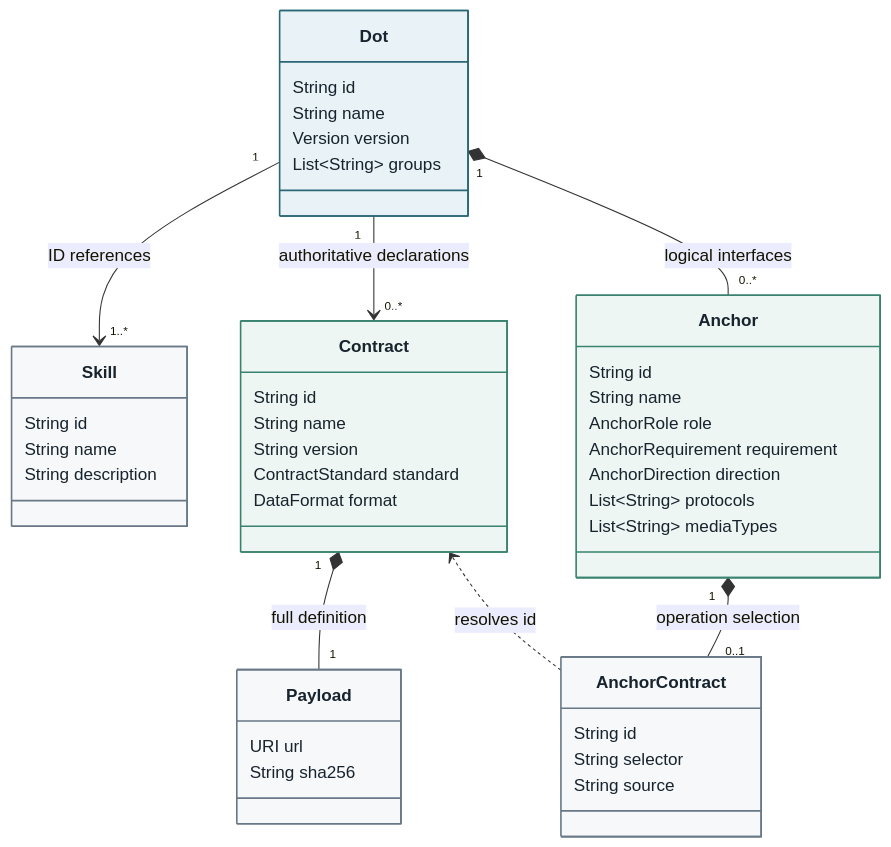
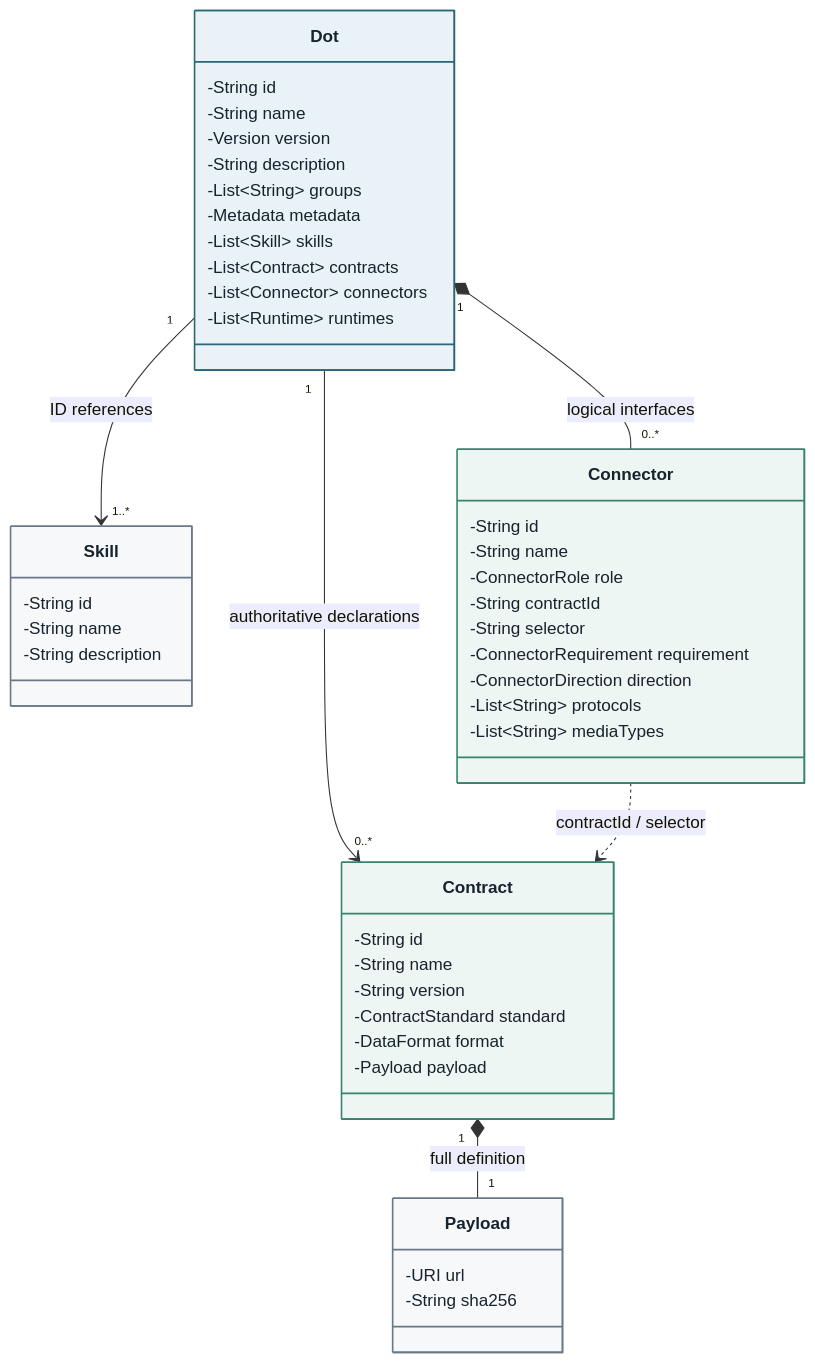
Before and after one commit to MARE-EU-Project/DOT-Docs: the diagram in DOT-Design/next/dot-design/_attachments/diagrams/domain-interfaces.mmd, drawn with Mermaid. The commit also changed 106 other files, not shown here.

```diff
--- a/DOT-Design/next/dot-design/_attachments/diagrams/domain-interfaces.mmd
+++ b/DOT-Design/next/dot-design/_attachments/diagrams/domain-interfaces.mmd
@@ -1,55 +1,57 @@
 classDiagram
   direction TB
   accTitle: DOT identity and interoperable interfaces
-  accDescr: A DOT references Skills, declares Contracts, and owns Anchors. Complete Contracts use HTTPS payloads pinned by SHA-256. Contract-backed Anchors select operations by Contract ID and selector.
+  accDescr: A DOT references Skills, declares Contracts, and owns Connectors. Complete Contracts use HTTPS payloads pinned by SHA-256. Contract-backed Connectors select operations by Contract ID and selector.
 
   class Dot {
-    String id
-    String name
-    Version version
-    List~String~ groups
+    -String id
+    -String name
+    -Version version
+    -String description
+    -List~String~ groups
+    -Metadata metadata
+    -List~Skill~ skills
+    -List~Contract~ contracts
+    -List~Connector~ connectors
+    -List~Runtime~ runtimes
   }
   class Skill {
-    String id
-    String name
-    String description
+    -String id
+    -String name
+    -String description
   }
   class Contract {
-    String id
-    String name
-    String version
-    ContractStandard standard
-    DataFormat format
+    -String id
+    -String name
+    -String version
+    -ContractStandard standard
+    -DataFormat format
+    -Payload payload
   }
   class Payload {
-    URI url
-    String sha256
+    -URI url
+    -String sha256
   }
-  class Anchor {
-    String id
-    String name
-    AnchorRole role
-    AnchorRequirement requirement
-    AnchorDirection direction
-    List~String~ protocols
-    List~String~ mediaTypes
-  }
-  class AnchorContract {
-    String id
-    String selector
-    String source
+  class Connector {
+    -String id
+    -String name
+    -ConnectorRole role
+    -String contractId
+    -String selector
+    -ConnectorRequirement requirement
+    -ConnectorDirection direction
+    -List~String~ protocols
+    -List~String~ mediaTypes
   }
 
   Dot "1" --> "1..*" Skill : ID references
   Dot "1" --> "0..*" Contract : authoritative declarations
-  Dot "1" *-- "0..*" Anchor : logical interfaces
+  Dot "1" *-- "0..*" Connector : logical interfaces
   Contract "1" *-- "1" Payload : full definition
-  Anchor "1" *-- "0..1" AnchorContract : operation selection
-  Contract <.. AnchorContract : resolves id
+  Connector ..> Contract : contractId / selector
 
   style Dot fill:#e8f2f7,stroke:#2b6777,color:#17232d,stroke-width:1.5px
   style Skill fill:#f6f8fa,stroke:#687887,color:#17232d,stroke-width:1.5px
   style Payload fill:#f6f8fa,stroke:#687887,color:#17232d,stroke-width:1.5px
-  style AnchorContract fill:#f6f8fa,stroke:#687887,color:#17232d,stroke-width:1.5px
   style Contract fill:#eef6f3,stroke:#39826f,color:#17232d,stroke-width:1.5px
-  style Anchor fill:#eef6f3,stroke:#39826f,color:#17232d,stroke-width:1.5px
+  style Connector fill:#eef6f3,stroke:#39826f,color:#17232d,stroke-width:1.5px
```
